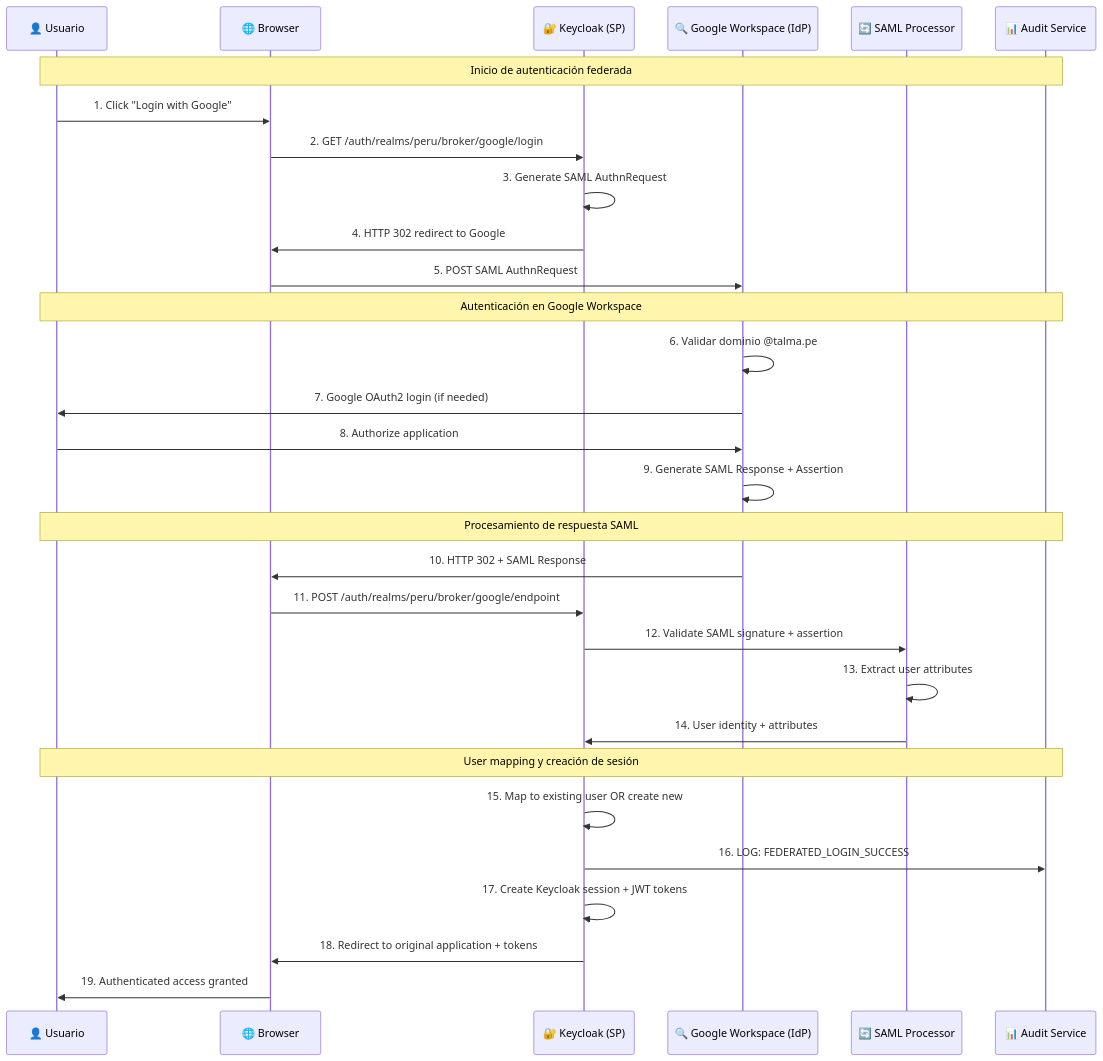
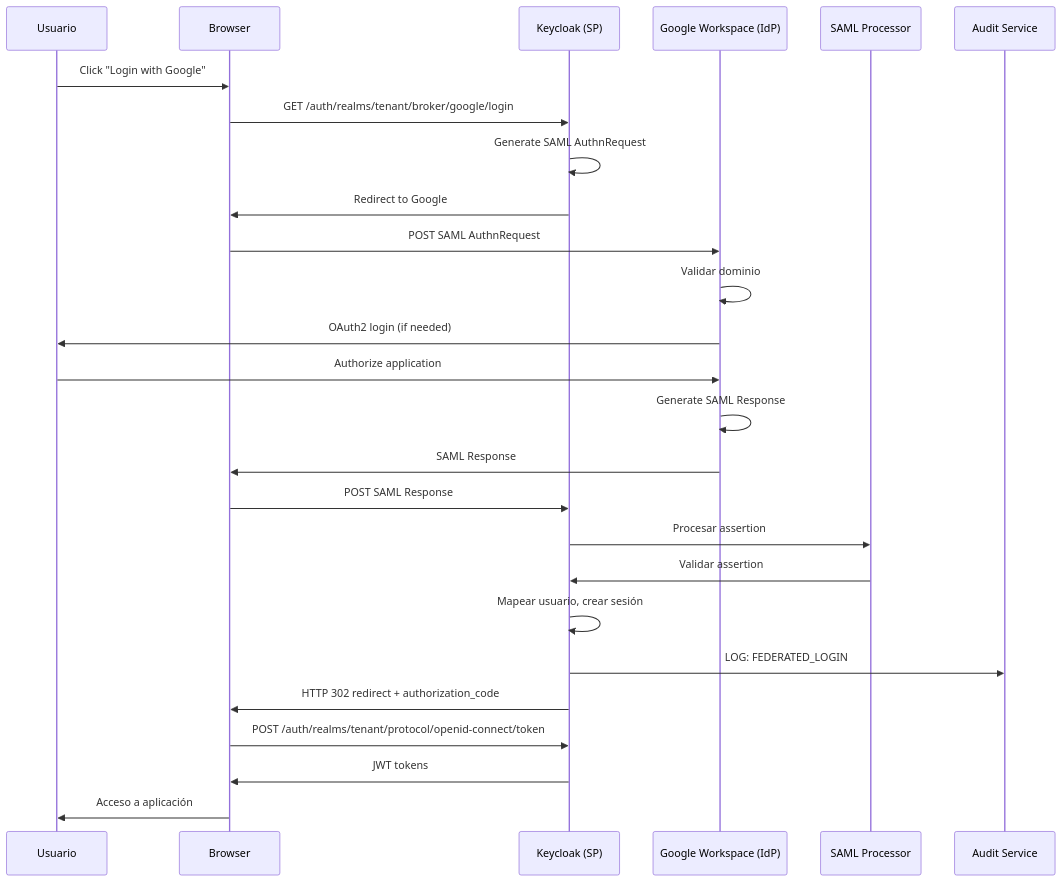
Before and after one commit to jclemente-tlm/tlm-arq-servicios-corporativos: the second of 2 diagrams in docs/servicio-identidad/06-vista-tiempo-ejecucion.md, drawn with Mermaid. The commit also changed other lines of this file and 52 other files, not shown here.

````diff
--- a/docs/servicio-identidad/06-vista-tiempo-ejecucion.md
+++ b/docs/servicio-identidad/06-vista-tiempo-ejecucion.md
@@ -157,40 +114,28 @@
 ```mermaid
 sequenceDiagram
-    participant User as 👤 Usuario
-    participant Browser as 🌐 Browser
-    participant KC as 🔐 Keycloak (SP)
-    participant Google as 🔍 Google Workspace (IdP)
-    participant SAMLProc as 🔄 SAML Processor
-    participant AuditSvc as 📊 Audit Service
-
-    Note over User,AuditSvc: Inicio de autenticación federada
-
-    User->>Browser: 1. Click "Login with Google"
-    Browser->>KC: 2. GET /auth/realms/peru/broker/google/login
-    KC->>KC: 3. Generate SAML AuthnRequest
-    KC->>Browser: 4. HTTP 302 redirect to Google
-    Browser->>Google: 5. POST SAML AuthnRequest
-
-    Note over User,AuditSvc: Autenticación en Google Workspace
-
-    Google->>Google: 6. Validar dominio @talma.pe
-    Google->>User: 7. Google OAuth2 login (if needed)
-    User->>Google: 8. Authorize application
-    Google->>Google: 9. Generate SAML Response + Assertion
-
-    Note over User,AuditSvc: Procesamiento de respuesta SAML
-
-    Google->>Browser: 10. HTTP 302 + SAML Response
-    Browser->>KC: 11. POST /auth/realms/peru/broker/google/endpoint
-    KC->>SAMLProc: 12. Validate SAML signature + assertion
-    SAMLProc->>SAMLProc: 13. Extract user attributes
-    SAMLProc->>KC: 14. User identity + attributes
-
-    Note over User,AuditSvc: User mapping y creación de sesión
-
-    KC->>KC: 15. Map to existing user OR create new
-    KC->>AuditSvc: 16. LOG: FEDERATED_LOGIN_SUCCESS
-    KC->>KC: 17. Create Keycloak session + JWT tokens
-    KC->>Browser: 18. Redirect to original application + tokens
-    Browser->>User: 19. Authenticated access granted
+    participant User as Usuario
+    participant Browser as Browser
+    participant KC as Keycloak (SP)
+    participant Google as Google Workspace (IdP)
+    participant SAMLProc as SAML Processor
+    participant AuditSvc as Audit Service
+    User->>Browser: Click "Login with Google"
+    Browser->>KC: GET /auth/realms/tenant/broker/google/login
+    KC->>KC: Generate SAML AuthnRequest
+    KC->>Browser: Redirect to Google
+    Browser->>Google: POST SAML AuthnRequest
+    Google->>Google: Validar dominio
+    Google->>User: OAuth2 login (if needed)
+    User->>Google: Authorize application
+    Google->>Google: Generate SAML Response
+    Google->>Browser: SAML Response
+    Browser->>KC: POST SAML Response
+    KC->>SAMLProc: Procesar assertion
+    SAMLProc->>KC: Validar assertion
+    KC->>KC: Mapear usuario, crear sesión
+    KC->>AuditSvc: LOG: FEDERATED_LOGIN
+    KC->>Browser: HTTP 302 redirect + authorization_code
+    Browser->>KC: POST /auth/realms/tenant/protocol/openid-connect/token
+    KC->>Browser: JWT tokens
+    Browser->>User: Acceso a aplicación
 ```
````
